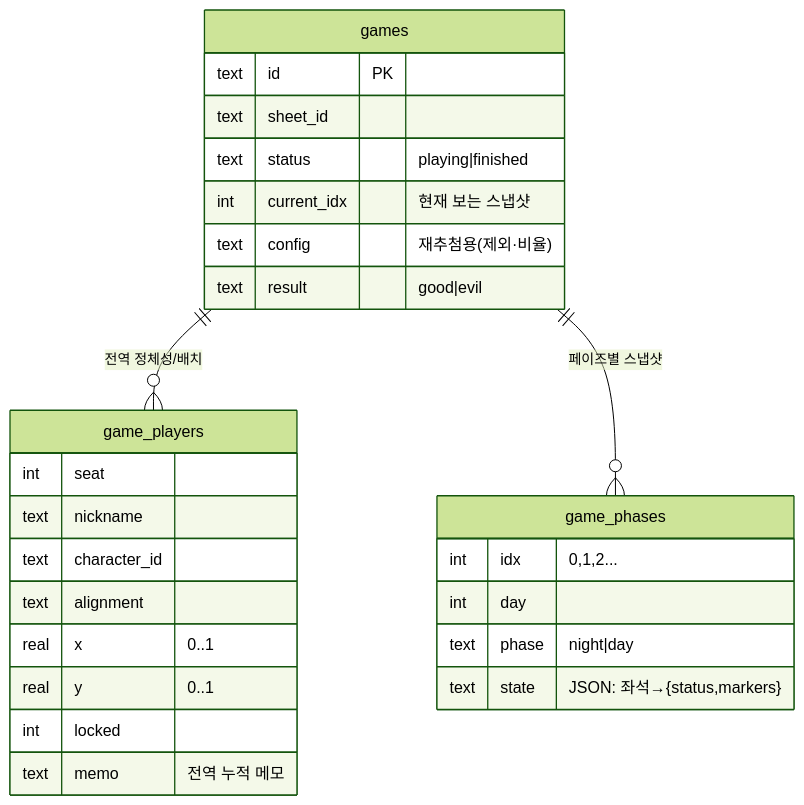
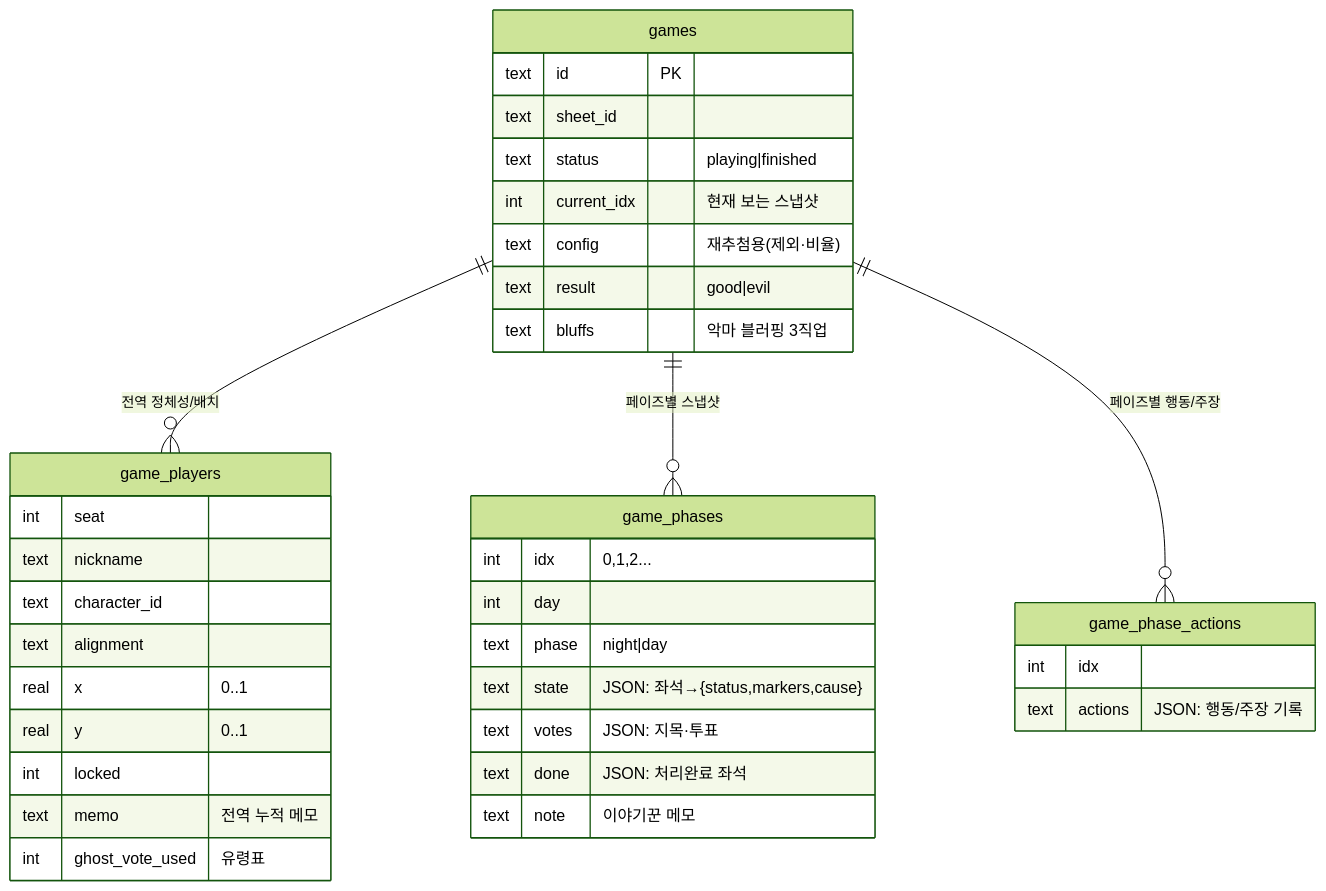
Before and after one commit to daseul22/botc-grimoire: the first of 2 diagrams in docs/wiki/04-grimoire-engine.md, drawn with Mermaid (forest theme). The commit also changed other lines of this file and 6 other files, not shown here.

````diff
--- a/docs/wiki/04-grimoire-engine.md
+++ b/docs/wiki/04-grimoire-engine.md
@@ -13,29 +13,39 @@
 ```mermaid
 erDiagram
   games ||--o{ game_players : "전역 정체성/배치"
   games ||--o{ game_phases : "페이즈별 스냅샷"
+  games ||--o{ game_phase_actions : "페이즈별 행동/주장"
   games {
     text id PK
     text sheet_id
     text status "playing|finished"
     int  current_idx "현재 보는 스냅샷"
     text config "재추첨용(제외·비율)"
     text result "good|evil"
+    text bluffs "악마 블러핑 3직업"
   }
   game_players {
     int  seat
     text nickname
     text character_id
     text alignment
     real x "0..1"
     real y "0..1"
     int  locked
     text memo "전역 누적 메모"
+    int  ghost_vote_used "유령표"
   }
   game_phases {
     int  idx "0,1,2..."
     int  day
     text phase "night|day"
-    text state "JSON: 좌석→{status,markers}"
+    text state "JSON: 좌석→{status,markers,cause}"
+    text votes "JSON: 지목·투표"
+    text done "JSON: 처리완료 좌석"
+    text note "이야기꾼 메모"
+  }
+  game_phase_actions {
+    int  idx
+    text actions "JSON: 행동/주장 기록"
   }
 ```
````
